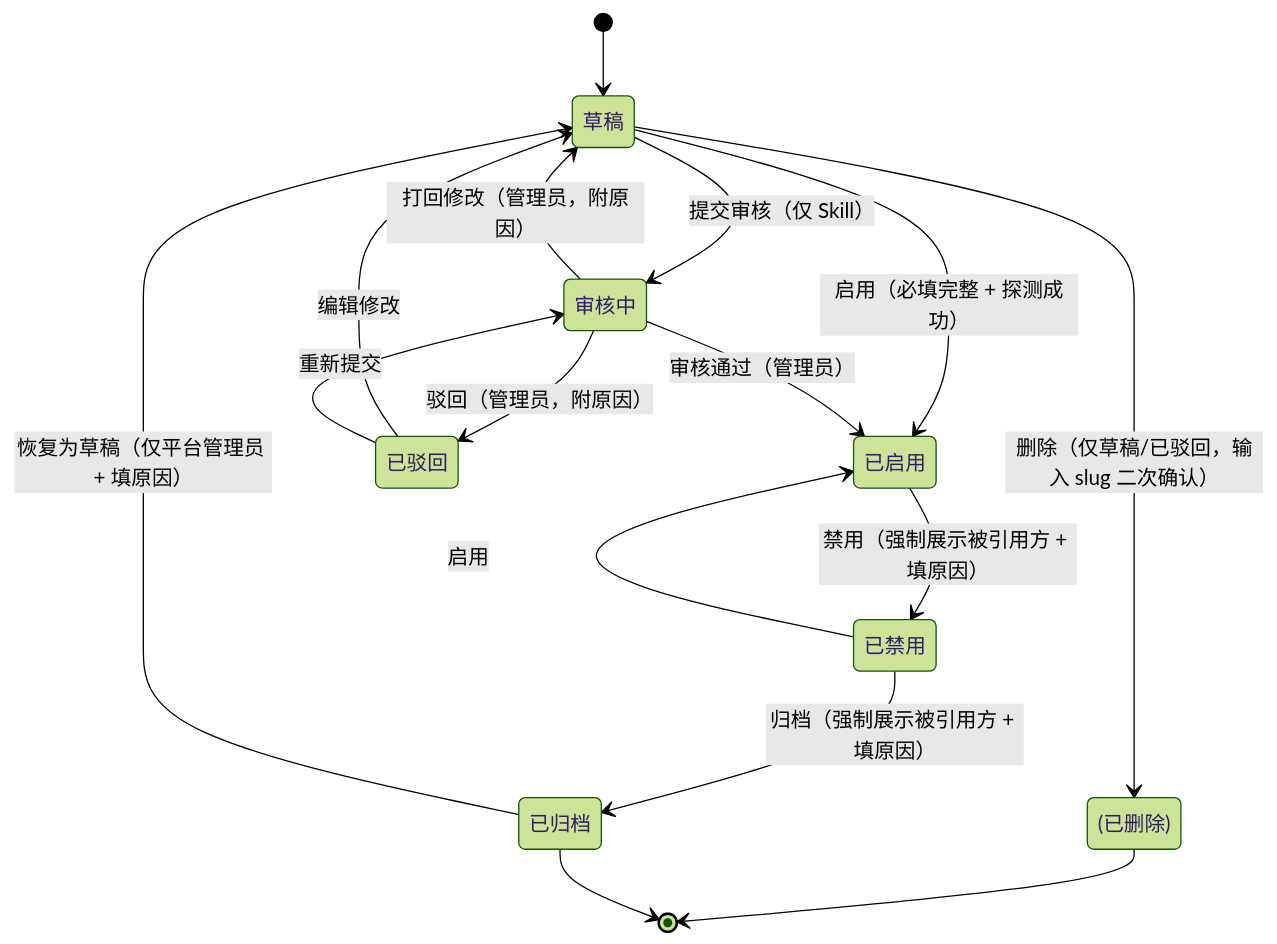
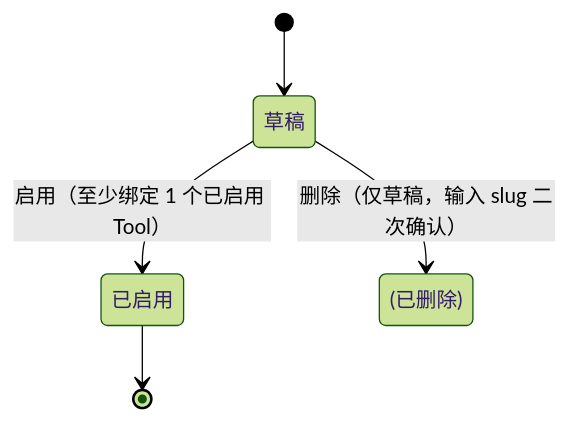
Before and after one commit to fri555/PORTL: the seventh of 18 diagrams in docs/需求文档/20260709-【PRD】AI工作台-首页智能体-天马智擎.md, drawn with Mermaid (forest theme). The commit also changed other lines of this file, not shown here.

Commit message:
[docs/PRD] MVP裁剪: 简化MCP/Tool/Skill/Agent状态机+规则+额度管理瘦身+更新引用

````diff
--- a/docs/需求文档/20260709-【PRD】AI工作台-首页智能体-天马智擎.md
+++ b/docs/需求文档/20260709-【PRD】AI工作台-首页智能体-天马智擎.md
@@ -848,18 +820,7 @@
 ```mermaid
 stateDiagram-v2
     [*] --> 草稿
-    草稿 --> 已启用 : 启用（必填完整 + 探测成功）
-    草稿 --> (已删除) : 删除（仅草稿/已驳回，输入 slug 二次确认）
-    草稿 --> 审核中 : 提交审核（仅 Skill）
-    审核中 --> 已启用 : 审核通过（管理员）
-    审核中 --> 已驳回 : 驳回（管理员，附原因）
-    审核中 --> 草稿 : 打回修改（管理员，附原因）
-    已驳回 --> 草稿 : 编辑修改
-    已驳回 --> 审核中 : 重新提交
-    已启用 --> 已禁用 : 禁用（强制展示被引用方 + 填原因）
-    已禁用 --> 已启用 : 启用
-    已禁用 --> 已归档 : 归档（强制展示被引用方 + 填原因）
-    已归档 --> 草稿 : 恢复为草稿（仅平台管理员 + 填原因）
-    (已删除) --> [*]
-    已归档 --> [*]
+    草稿 --> 已启用 : 启用（至少绑定 1 个已启用 Tool）
+    草稿 --> (已删除) : 删除（仅草稿，输入 slug 二次确认）
+    已启用 --> [*]
 ```
````
